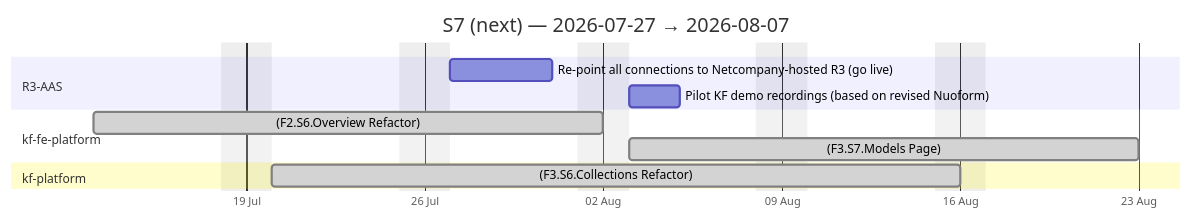
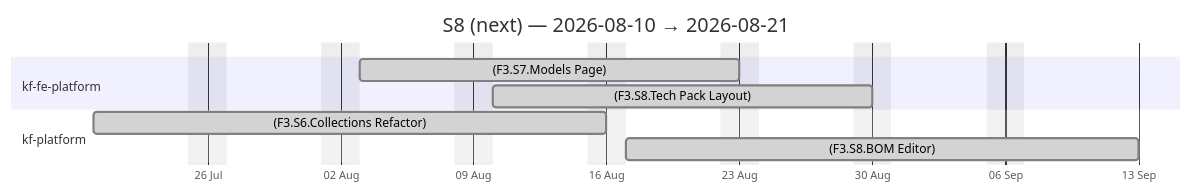
One commit to Katty-Fashion/kf-cpto changed the fourth of 4 diagrams in docs/agile-sprints.md. Above: the diagram before and after it, drawn with Mermaid. The commit also changed other lines of this file and 14 other files, not shown here.

````diff
--- a/docs/agile-sprints.md
+++ b/docs/agile-sprints.md
@@ -106,16 +97,14 @@
 ```mermaid
 gantt
-    title S7 (next) — 2026-07-27 → 2026-08-07
+    title S8 (next) — 2026-08-10 → 2026-08-21
     dateFormat YYYY-MM-DD
     axisFormat %d %b
     excludes weekends
 
-    section R3-AAS
-    Re-point all connections to Netcompany-hosted R3 (go live) :2026-07-27, 2026-07-31
-    Pilot KF demo recordings (based on revised Nuoform) :2026-08-03, 2026-08-05
     section kf-fe-platform
-    (F2.S6.Overview Refactor) :done, 2026-07-13, 2026-08-02
     (F3.S7.Models Page) :done, 2026-08-03, 2026-08-23
+    (F3.S8.Tech Pack Layout) :done, 2026-08-10, 2026-08-30
     section kf-platform
     (F3.S6.Collections Refactor) :done, 2026-07-20, 2026-08-16
+    (F3.S8.BOM Editor) :done, 2026-08-17, 2026-09-13
 ```
````
